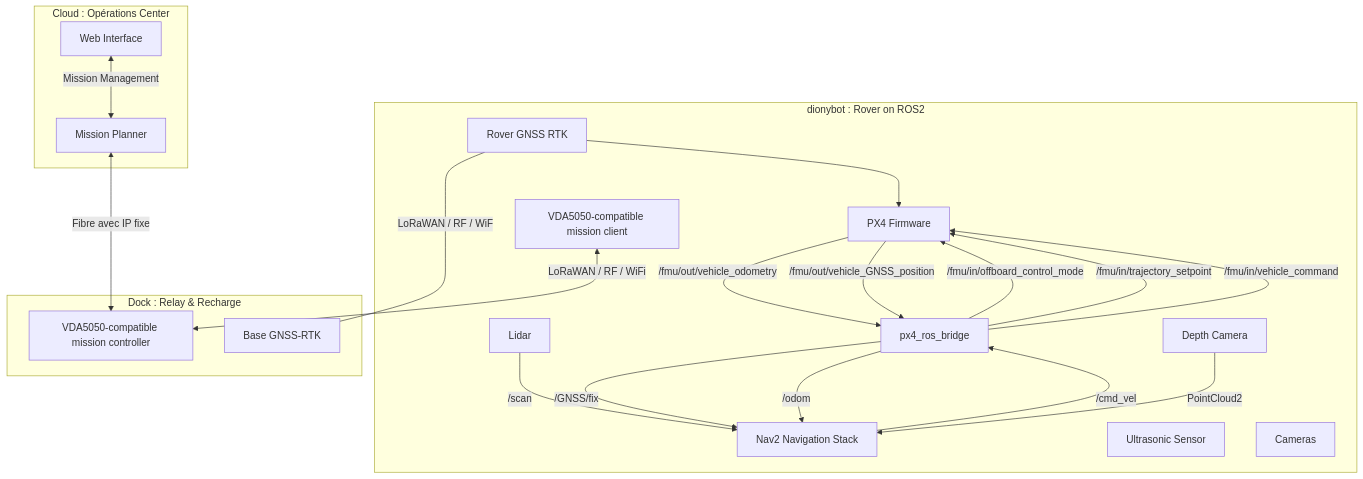
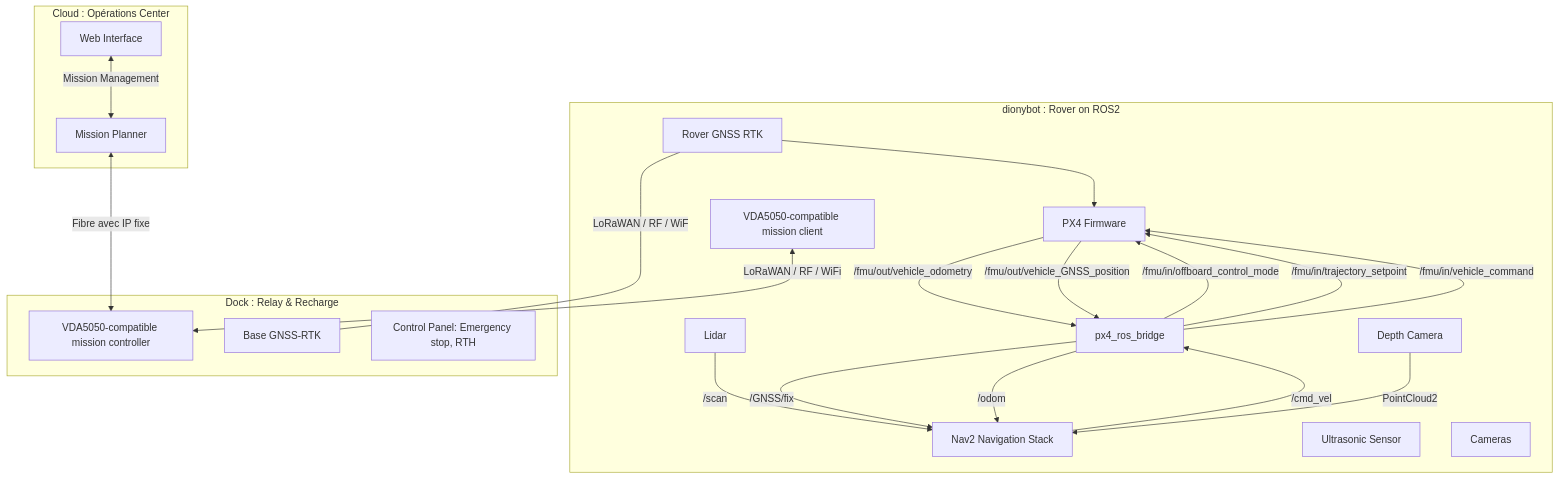
One commit to newtondotcom/ros2-nav2-container changed the diagram in README.md. Above: the diagram before and after it, drawn with Mermaid. The commit also changed 2 other files, not shown here.

Commit message:
doc: many things

````diff
--- a/README.md
+++ b/README.md
@@ -3,45 +3,46 @@
 ```mermaid
 graph TD
     %% Services sur chaque noeud
     subgraph RoverServices [dionybot : Rover on ROS2]
         PX4[PX4 Firmware]
         Nav2[Nav2 Navigation Stack]
         GNSS[Rover GNSS RTK]
         Lidar[Lidar]
         USS[Ultrasonic Sensor]
         Bridge[px4_ros_bridge]
         MissionClient[VDA5050-compatible mission client]
         Cameras[Cameras]
         DepthCamera[Depth Camera]
     end
 
     subgraph DockServices [Dock : Relay & Recharge]
         Mission[VDA5050-compatible mission controller]
         BaseRTK[Base GNSS-RTK]
+        Panel[Control Panel: Emergency stop, RTH]
     end
 
     subgraph CloudServices [Cloud : Opérations Center]
         WebUI[Web Interface]
         Planner[Mission Planner]
     end
 
     %% Flèches de communication
 
     WebUI <-->|Mission Management| Planner
     Planner <--->|Fibre avec IP fixe| Mission
 
     GNSS <---|LoRaWAN / RF / WiF| BaseRTK   
     MissionClient <-->|LoRaWAN / RF / WiFi| Mission
 
     PX4 -->|/fmu/out/vehicle_odometry| Bridge
     PX4 -->|/fmu/out/vehicle_GNSS_position| Bridge
     Bridge  -->|/fmu/in/offboard_control_mode| PX4
     Bridge  -->|/fmu/in/trajectory_setpoint| PX4
     Bridge  -->|/fmu/in/vehicle_command| PX4
     Bridge -->|/GNSS/fix| Nav2
     Bridge -->|/odom| Nav2
     Nav2 -->|/cmd_vel| Bridge 
     GNSS -->PX4      
     Lidar -->|/scan| Nav2 
     DepthCamera-->|PointCloud2| Nav2    
 ```
````
